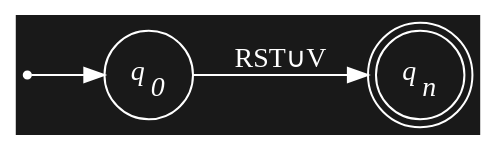
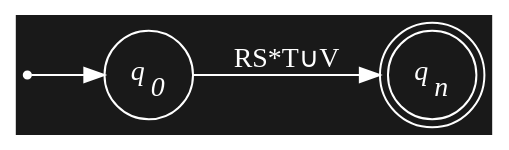
The tenth of 10 diagrams in qmd/src/regularity.qmd (cd-public/compute), drawn with Graphviz before and after one commit. The commit also changed other lines of this file and 46 other files, not shown here.

````diff
--- a/qmd/src/regularity.qmd
+++ b/qmd/src/regularity.qmd
@@ -527,16 +514,16 @@
 ```{dot}
 //| echo: false
 digraph finite_automata {
   rankdir=LR; bgcolor="#191919";
   node [fontcolor = "#ffffff", color = "#ffffff"]
   edge [color = "#ffffff",fontcolor = "#ffffff"]
 
   node [shape=circle];
   d0 [label="",shape=point]; 
   q0 [label=<<I>q<SUB>0</SUB></I>>];
   qn [label=<<I>q<SUB>n</SUB></I>>, shape=doublecircle]; 
 
   d0 -> q0
-  q0 -> qn [label="RST∪V"];
+  q0 -> qn [label="RS*T∪V"];
 }
 ```
````
